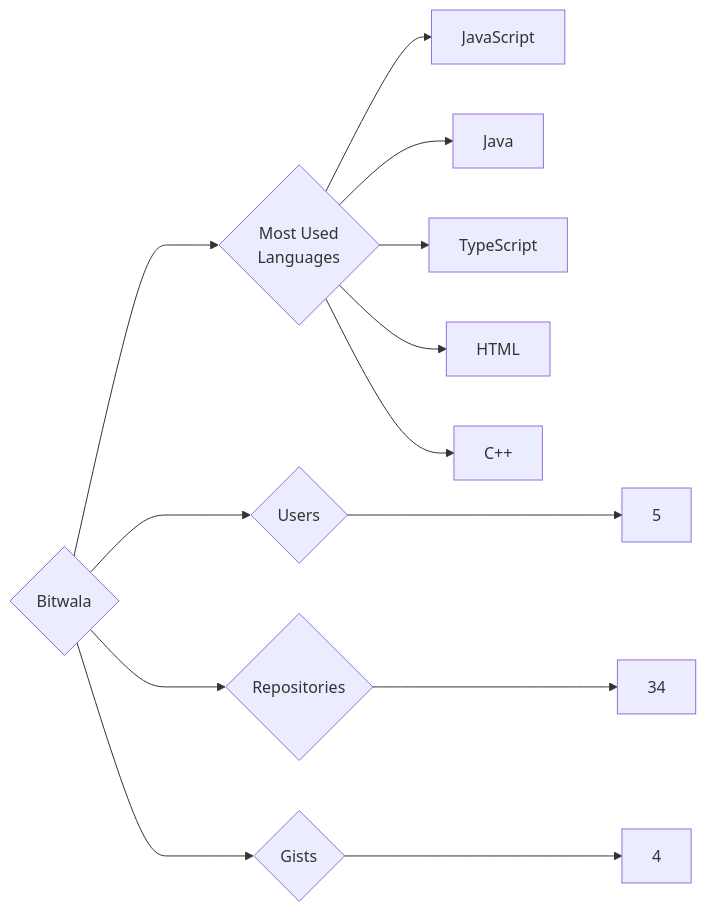
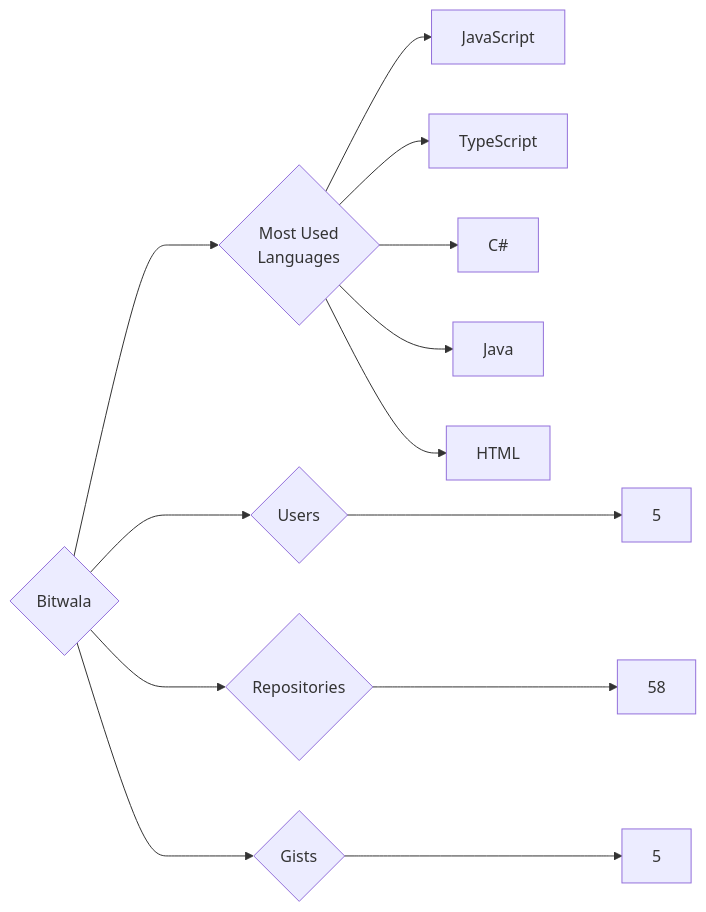
One commit to trickest/insiders changed the diagram in targets/Bitwala/README.md. Above: the diagram before and after it, drawn with Mermaid. The commit also changed 1007 other files, not shown here.

````diff
--- a/targets/Bitwala/README.md
+++ b/targets/Bitwala/README.md
@@ -3,13 +3,13 @@
 ```mermaid
 graph LR
 COMPANY_NAME{Bitwala}
 COMPANY_NAME ---> U{Users} ---> UN[5]
-COMPANY_NAME ---> R{Repositories} ---> RN[34]
-COMPANY_NAME ---> G{Gists} ---> GN[4]
+COMPANY_NAME ---> R{Repositories} ---> RN[58]
+COMPANY_NAME ---> G{Gists} ---> GN[5]
 COMPANY_NAME ---> ML{Most Used<br>Languages}
 ML --> JavaScript[JavaScript]
+ML --> TypeScript[TypeScript]
+ML --> C#[C#]
 ML --> Java[Java]
-ML --> TypeScript[TypeScript]
 ML --> HTML[HTML]
-ML --> C++[C++]
 ```
````
